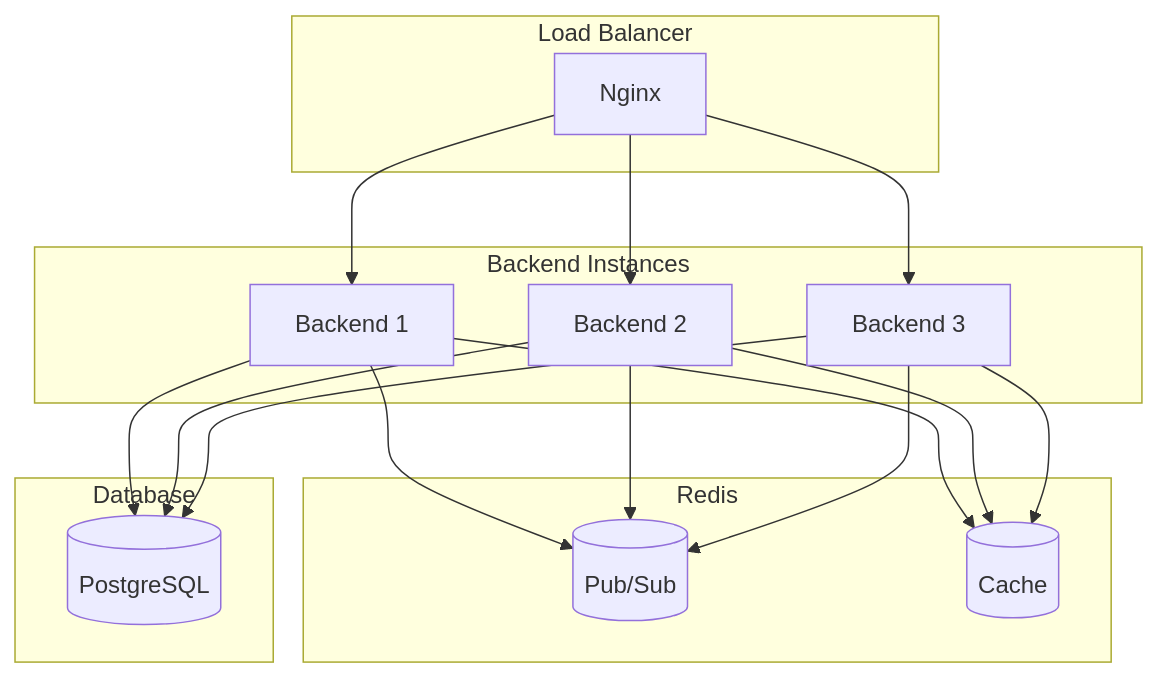
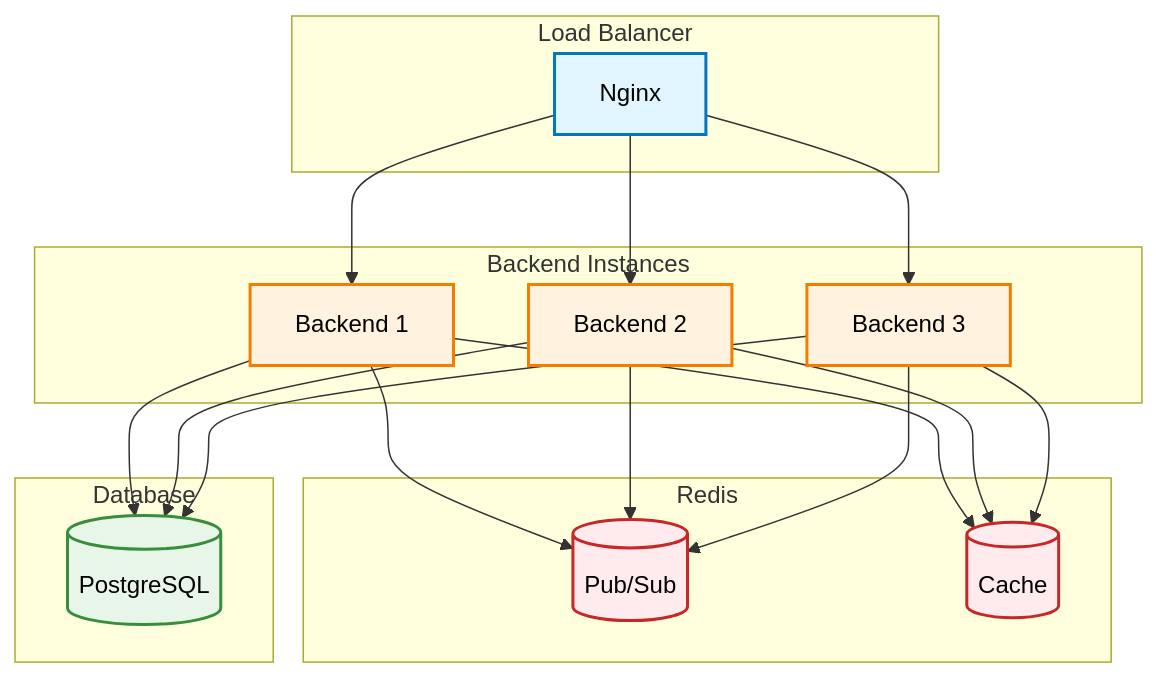
The second of 2 diagrams in docs/deployment/README.md (hamza-berahma/set-game), drawn with Mermaid before and after one commit. The commit also changed other lines of this file and 7 other files, not shown here.

````diff
--- a/docs/deployment/README.md
+++ b/docs/deployment/README.md
@@ -553,36 +561,46 @@
 ```mermaid
 graph TB
     subgraph LoadBalancer[Load Balancer]
         LB[Nginx]
     end
     
     subgraph BackendInstances[Backend Instances]
         BE1[Backend 1]
         BE2[Backend 2]
         BE3[Backend 3]
     end
     
     subgraph RedisLayer[Redis]
         RedisPub[(Pub/Sub)]
         RedisCache[(Cache)]
     end
     
     subgraph Database[Database]
         Postgres[(PostgreSQL)]
     end
     
     LB --> BE1
     LB --> BE2
     LB --> BE3
     
     BE1 --> RedisPub
     BE1 --> RedisCache
     BE2 --> RedisPub
     BE2 --> RedisCache
     BE3 --> RedisPub
     BE3 --> RedisCache
     
     BE1 --> Postgres
     BE2 --> Postgres
     BE3 --> Postgres
+    
+    classDef loadbalancer fill:#E1F5FE,stroke:#0277BD,stroke-width:2px,color:#000
+    classDef backend fill:#FFF3E0,stroke:#F57C00,stroke-width:2px,color:#000
+    classDef redis fill:#FFEBEE,stroke:#C62828,stroke-width:2px,color:#000
+    classDef database fill:#E8F5E9,stroke:#388E3C,stroke-width:2px,color:#000
+    
+    class LB loadbalancer
+    class BE1,BE2,BE3 backend
+    class RedisPub,RedisCache redis
+    class Postgres database
 ```
````
